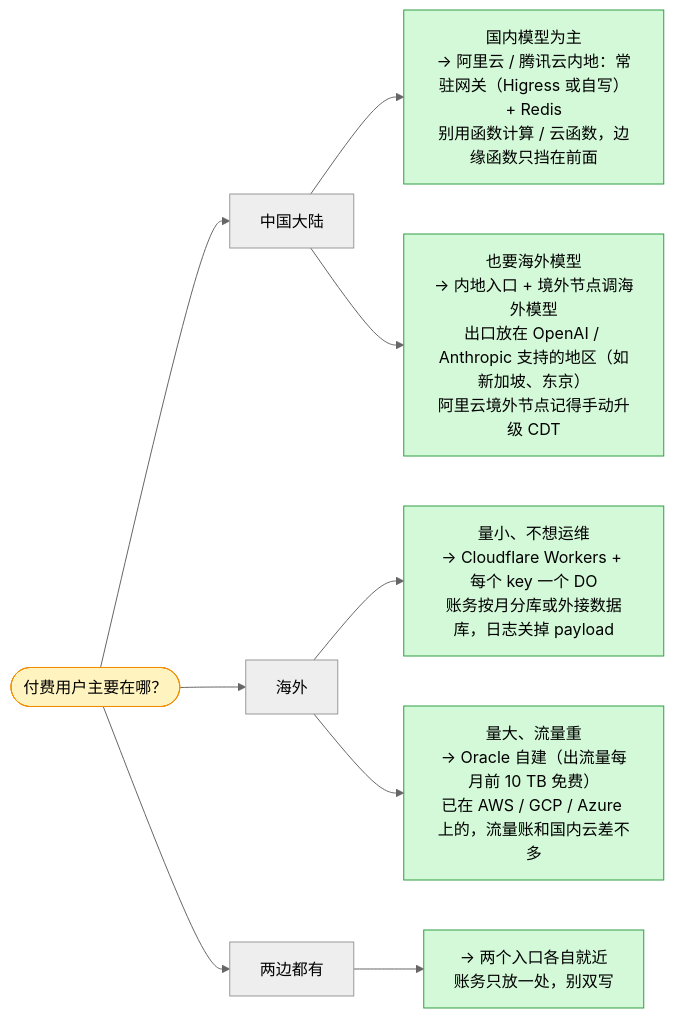
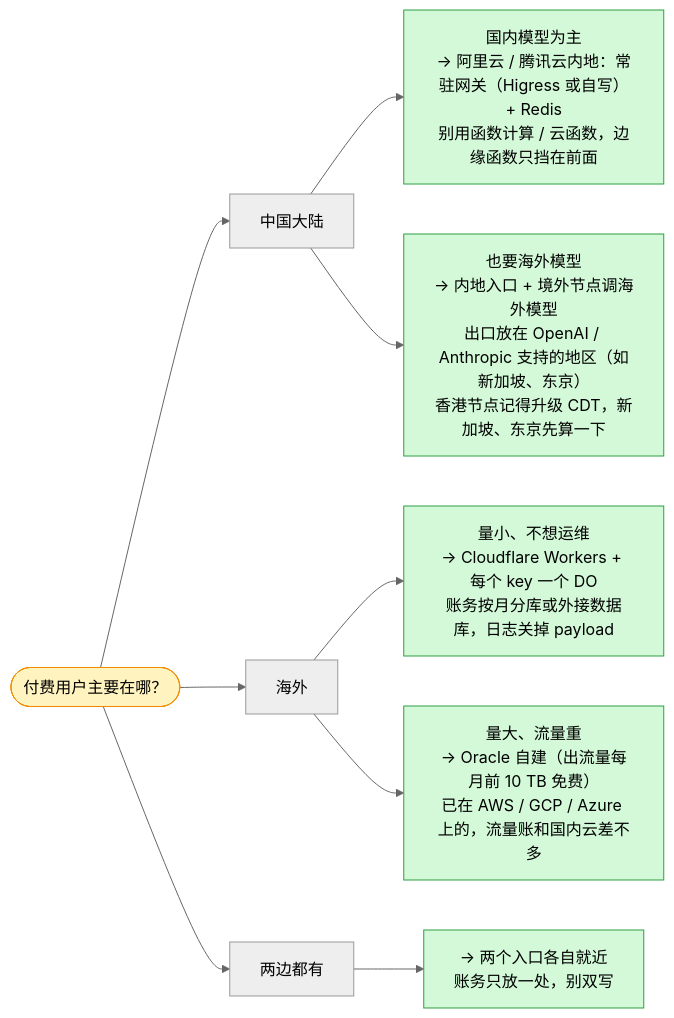
One commit to YouToco/zhuoqidev.com changed the second of 2 diagrams in src/content/posts/model-gateway-cloudflare-vs-china-cloud/zh.md. Above: the diagram before and after it, drawn with Mermaid (neutral theme). The commit also changed other lines of this file and 7 other files, not shown here.

````diff
--- a/src/content/posts/model-gateway-cloudflare-vs-china-cloud/zh.md
+++ b/src/content/posts/model-gateway-cloudflare-vs-china-cloud/zh.md
@@ -470,14 +473,14 @@
 ```mermaid
 flowchart LR
     %% layout: tree
     Q(["付费用户主要在哪？"])
     Q --> CN["中国大陆"] --> CN1["国内模型为主<br>→ 阿里云 / 腾讯云内地：常驻网关（Higress 或自写）+ Redis<br>别用函数计算 / 云函数，边缘函数只挡在前面"]
-    CN --> CN2["也要海外模型<br>→ 内地入口 + 境外节点调海外模型<br>出口放在 OpenAI / Anthropic 支持的地区（如新加坡、东京）<br>阿里云境外节点记得手动升级 CDT"]
+    CN --> CN2["也要海外模型<br>→ 内地入口 + 境外节点调海外模型<br>出口放在 OpenAI / Anthropic 支持的地区（如新加坡、东京）<br>香港节点记得升级 CDT，新加坡、东京先算一下"]
     Q --> OS["海外"] --> OS1["量小、不想运维<br>→ Cloudflare Workers + 每个 key 一个 DO<br>账务按月分库或外接数据库，日志关掉 payload"]
     OS --> OS2["量大、流量重<br>→ Oracle 自建（出流量每月前 10 TB 免费）<br>已在 AWS / GCP / Azure 上的，流量账和国内云差不多"]
     Q --> BOTH["两边都有"] --> BOTH1["→ 两个入口各自就近<br>账务只放一处，别双写"]
     classDef q fill:#fff3bf,stroke:#f08c00
     classDef pick fill:#d3f9d8,stroke:#2f9e44
     class Q q
     class CN1,CN2,OS1,OS2,BOTH1 pick
 ```
````
